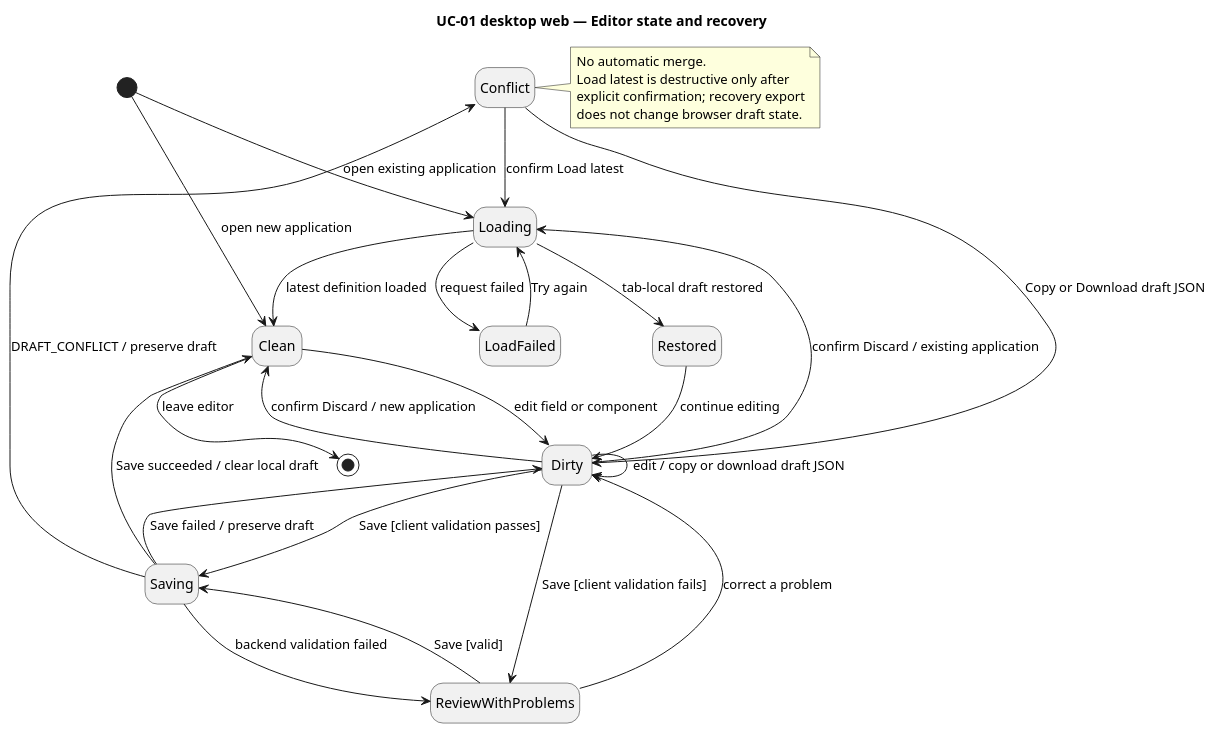
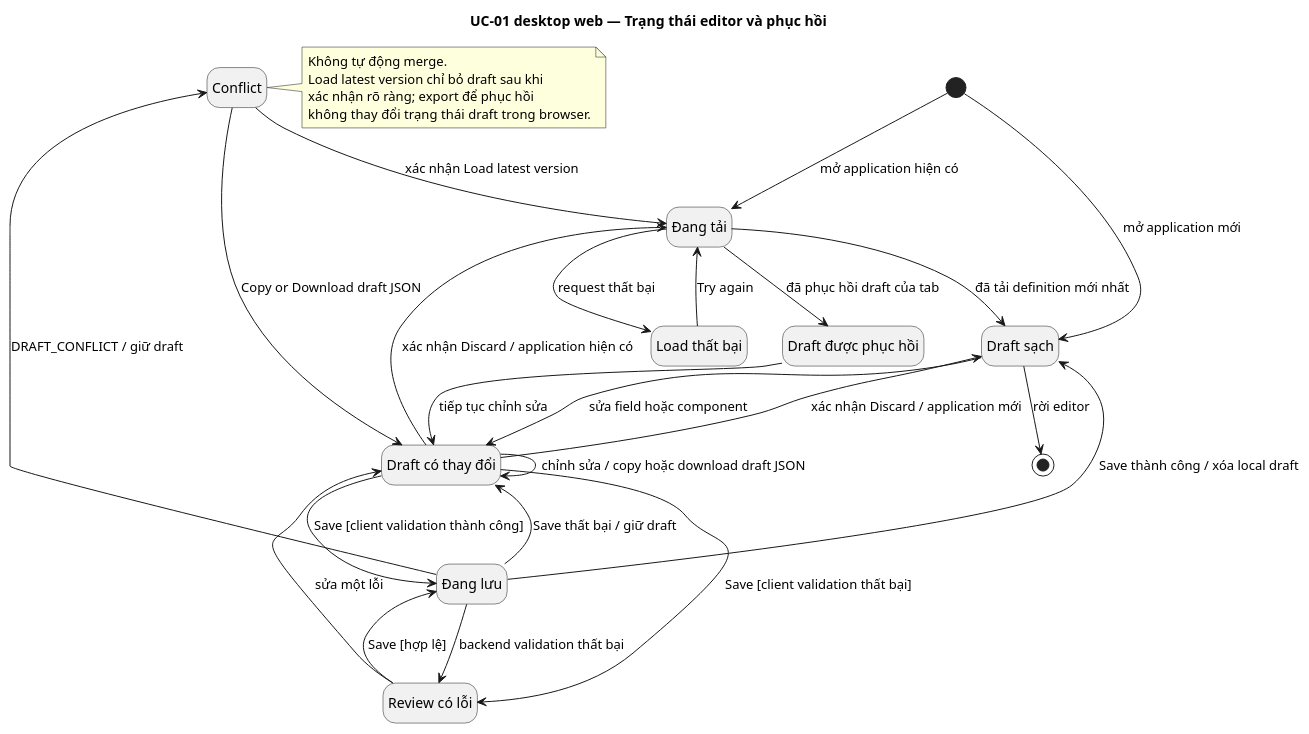
The diagram in docs/use-cases/UC-01/ui/states.puml (pr3s3nt/final_idp), drawn with PlantUML before and after one commit. The commit also changed 3 other files, not shown here.

```diff
--- a/docs/use-cases/UC-01/ui/states.puml
+++ b/docs/use-cases/UC-01/ui/states.puml
@@ -1,42 +1,51 @@
 @startuml
-title UC-01 desktop web — Editor state and recovery
+title UC-01 desktop web — Trạng thái editor và phục hồi
 
 hide empty description
 
-[*] --> Loading : open existing application
-[*] --> Clean : open new application
+state "Đang tải" as Loading
+state "Draft sạch" as Clean
+state "Draft được phục hồi" as Restored
+state "Load thất bại" as LoadFailed
+state "Draft có thay đổi" as Dirty
+state "Review có lỗi" as ReviewWithProblems
+state "Đang lưu" as Saving
+state "Conflict" as Conflict
 
-Loading --> Clean : latest definition loaded
-Loading --> Restored : tab-local draft restored
-Loading --> LoadFailed : request failed
+[*] --> Loading : mở application hiện có
+[*] --> Clean : mở application mới
+
+Loading --> Clean : đã tải definition mới nhất
+Loading --> Restored : đã phục hồi draft của tab
+Loading --> LoadFailed : request thất bại
 LoadFailed --> Loading : Try again
 
-Clean --> Dirty : edit field or component
-Restored --> Dirty : continue editing
-Dirty --> Dirty : edit / copy or download draft JSON
-Dirty --> ReviewWithProblems : Save [client validation fails]
-Dirty --> Saving : Save [client validation passes]
+Clean --> Dirty : sửa field hoặc component
+Restored --> Dirty : tiếp tục chỉnh sửa
+Dirty --> Dirty : chỉnh sửa / copy hoặc download draft JSON
+Dirty --> ReviewWithProblems : Save [client validation thất bại]
+Dirty --> Saving : Save [client validation thành công]
 
-ReviewWithProblems --> Dirty : correct a problem
-ReviewWithProblems --> Saving : Save [valid]
+ReviewWithProblems --> Dirty : sửa một lỗi
+ReviewWithProblems --> Saving : Save [hợp lệ]
 
-Saving --> Clean : Save succeeded / clear local draft
-Saving --> Dirty : Save failed / preserve draft
-Saving --> Conflict : DRAFT_CONFLICT / preserve draft
-Saving --> ReviewWithProblems : backend validation failed
+Saving --> Clean : Save thành công / xóa local draft
+Saving --> Dirty : Save thất bại / giữ draft
+Saving --> Conflict : DRAFT_CONFLICT / giữ draft
+Saving --> ReviewWithProblems : backend validation thất bại
 
 Conflict --> Dirty : Copy or Download draft JSON
-Conflict --> Loading : confirm Load latest
+Conflict --> Loading : xác nhận Load latest version
 
-Dirty --> Clean : confirm Discard / new application
-Dirty --> Loading : confirm Discard / existing application
-Clean --> [*] : leave editor
+Dirty --> Clean : xác nhận Discard / application mới
+Dirty --> Loading : xác nhận Discard / application hiện có
+Clean --> [*] : rời editor
 
 note right of Conflict
-  No automatic merge.
-  Load latest is destructive only after
-  explicit confirmation; recovery export
-  does not change browser draft state.
+  Không tự động merge.
+  Load latest version chỉ bỏ draft sau khi
+  xác nhận rõ ràng; export để phục hồi
+  không thay đổi trạng thái draft trong browser.
 end note
 
 @enduml
```
